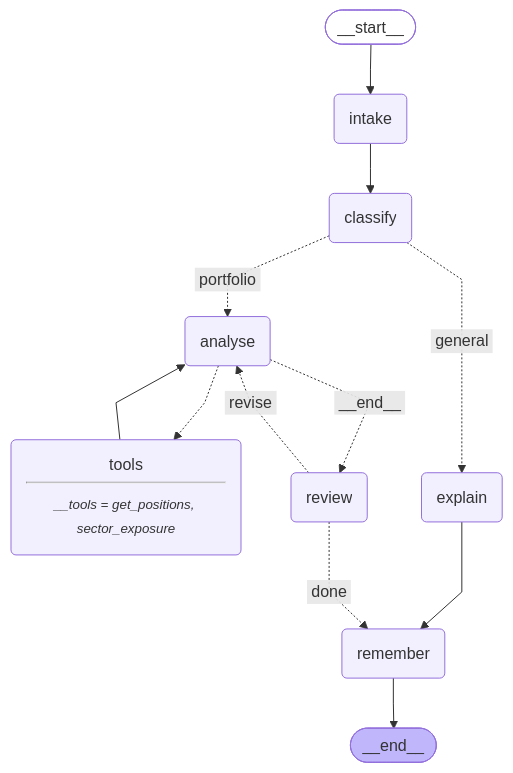
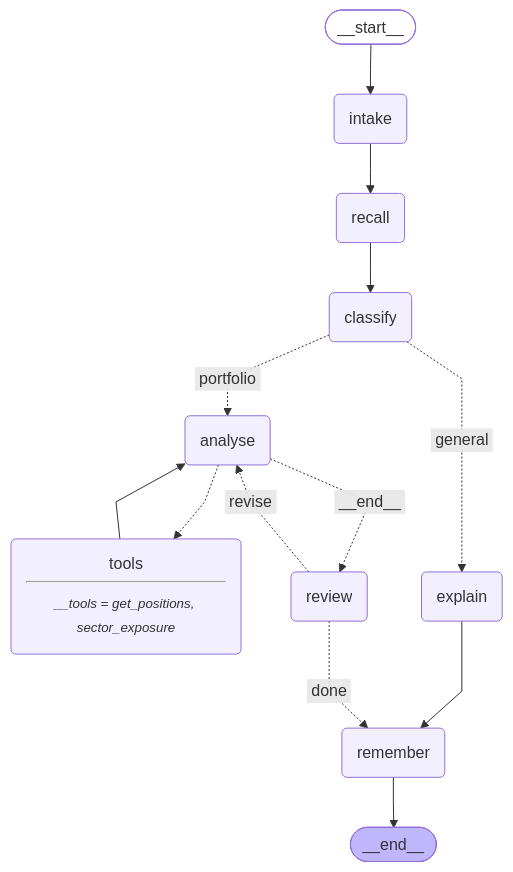
One commit to baytalhikmah2026/agentic-langgraph-fastapi-labs changed the diagram in docs/research_graph.md. Above: the diagram before and after it, drawn with Mermaid. The commit also changed 14 other files, not shown here.

````diff
--- a/docs/research_graph.md
+++ b/docs/research_graph.md
@@ -5,31 +5,33 @@
 ```mermaid
 ---
 config:
   flowchart:
     curve: linear
 ---
 graph TD;
 	__start__([<p>__start__</p>]):::first
 	intake(intake)
+	recall(recall)
 	classify(classify)
 	analyse(analyse)
 	tools(tools<hr/><small><em>__tools = get_positions, sector_exposure</em></small>)
 	explain(explain)
 	review(review)
 	remember(remember)
 	__end__([<p>__end__</p>]):::last
 	__start__ --> intake;
 	analyse -. &nbsp;__end__&nbsp; .-> review;
 	analyse -.-> tools;
 	classify -. &nbsp;portfolio&nbsp; .-> analyse;
 	classify -. &nbsp;general&nbsp; .-> explain;
 	explain --> remember;
-	intake --> classify;
+	intake --> recall;
+	recall --> classify;
 	review -. &nbsp;revise&nbsp; .-> analyse;
 	review -. &nbsp;done&nbsp; .-> remember;
 	tools --> analyse;
 	remember --> __end__;
 	classDef default fill:#f2f0ff,line-height:1.2
 	classDef first fill-opacity:0
 	classDef last fill:#bfb6fc
 ```
````
